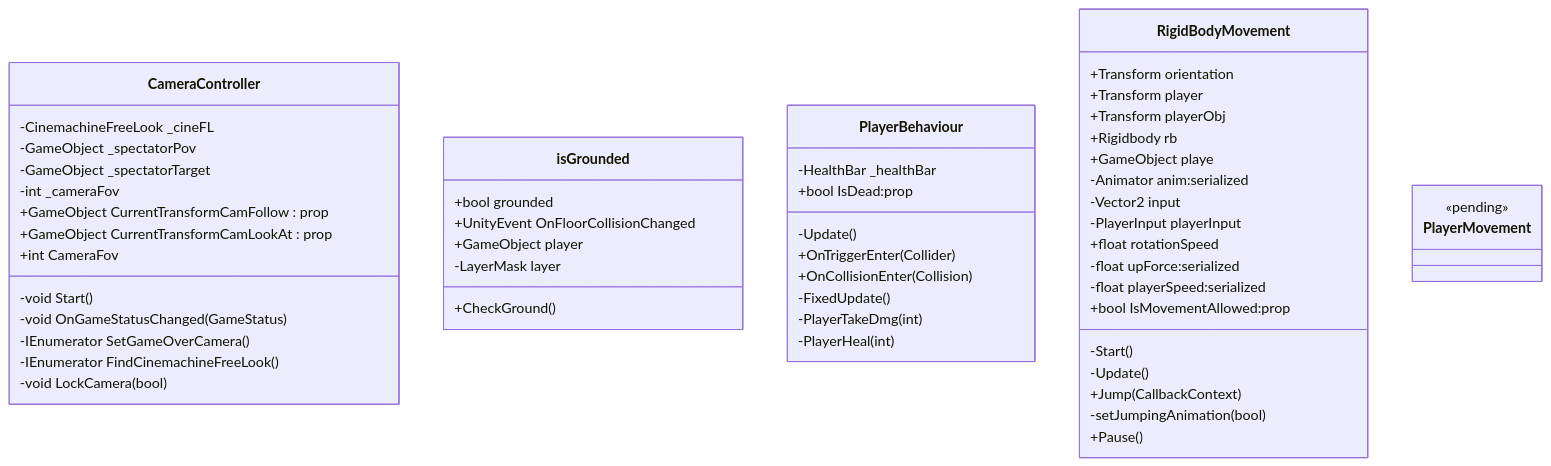
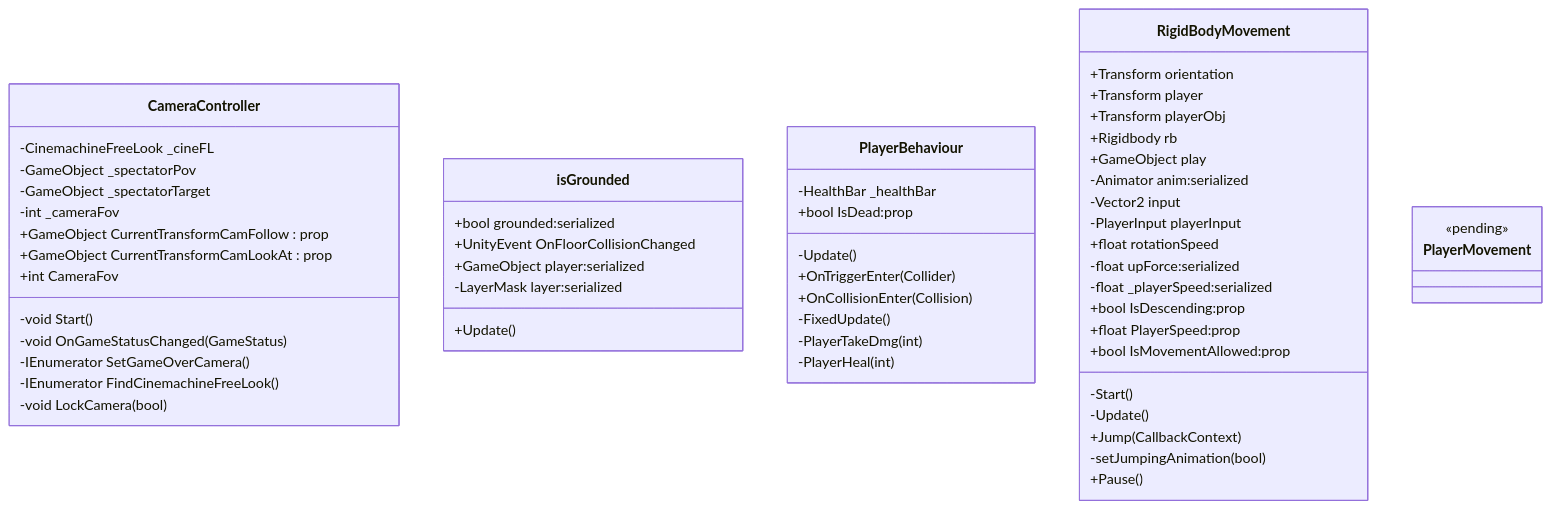
Before and after one commit to Eldamo24/Floor-is-Lava: the second of 5 diagrams in README.md, drawn with Mermaid.

Commit message:
actualizo readme

````diff
--- a/README.md
+++ b/README.md
@@ -56,63 +56,65 @@
 ```mermaid
 classDiagram
 
     class CameraController{
         -CinemachineFreeLook _cineFL
         -GameObject _spectatorPov
         -GameObject _spectatorTarget
         -int _cameraFov
         +GameObject CurrentTransformCamFollow : prop
         +GameObject CurrentTransformCamLookAt : prop
         +int CameraFov
         -void Start()
         -void OnGameStatusChanged(GameStatus) 
         -IEnumerator SetGameOverCamera()
         -IEnumerator FindCinemachineFreeLook()
         -void LockCamera(bool)
         }
 		
 	class isGrounded{
-        +bool grounded
+        +bool grounded:serialized
         +UnityEvent<bool> OnFloorCollisionChanged
-	+GameObject player
-	-LayerMask layer
-	+CheckGround()
+	    +GameObject player:serialized
+	    -LayerMask layer:serialized
+	    +Update()
         
     }
 
 	    class PlayerBehaviour{
         -HealthBar _healthBar
         +bool IsDead:prop
         -Update()
         +OnTriggerEnter(Collider)
         +OnCollisionEnter(Collision)
         -FixedUpdate()
         -PlayerTakeDmg(int)
         -PlayerHeal(int)
     }
 	
     class RigidBodyMovement{
         +Transform orientation
         +Transform player
         +Transform playerObj
         +Rigidbody rb
-        +GameObject playe
+        +GameObject play
         -Animator anim:serialized
         -Vector2 input
         -PlayerInput playerInput
         +float rotationSpeed
         -float upForce:serialized
-        -float playerSpeed:serialized
+        -float _playerSpeed:serialized
+        +bool IsDescending:prop
+        +float PlayerSpeed:prop
         +bool IsMovementAllowed:prop
         -Start()
         -Update()
         +Jump(CallbackContext)
         -setJumpingAnimation(bool)
         +Pause()
     }
 	
 	class PlayerMovement{
         <<pending>>
     }
 
 ```
````
